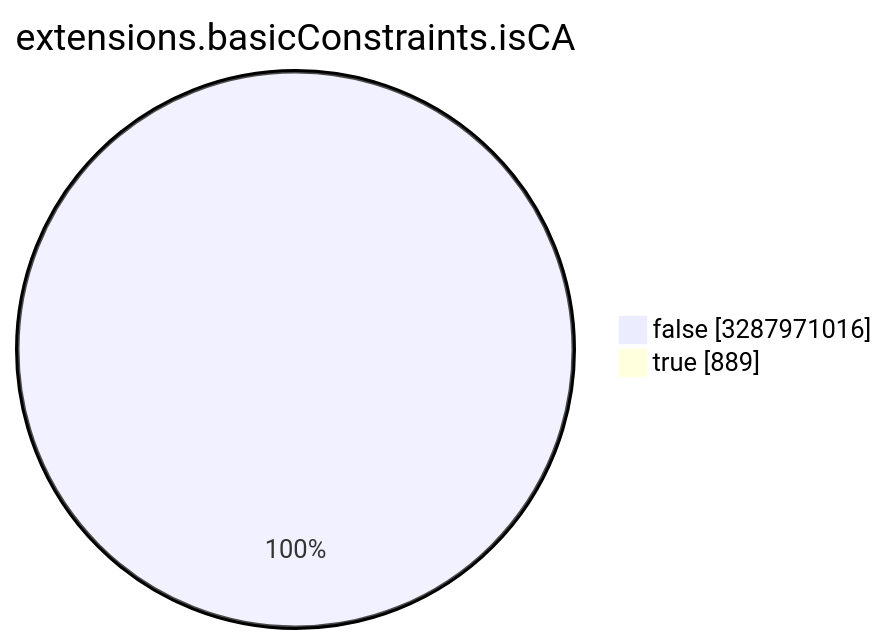
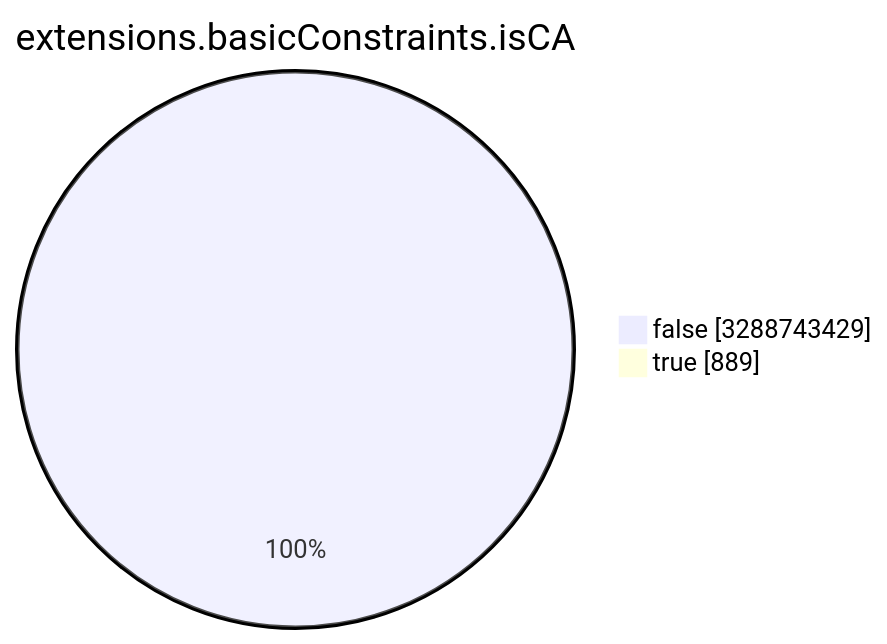
The seventh of 15 diagrams in TOTAL/README.md (christiankrug/ctmonitor_visualization), drawn with Mermaid before and after one commit. The commit also changed other lines of this file, not shown here.

````diff
--- a/TOTAL/README.md
+++ b/TOTAL/README.md
@@ -3089,6 +3089,6 @@
 ```mermaid
 pie showData
 title extensions.basicConstraints.isCA
-"false" :3287971016
+"false" :3288743429
 "true" :889
 ```
````
